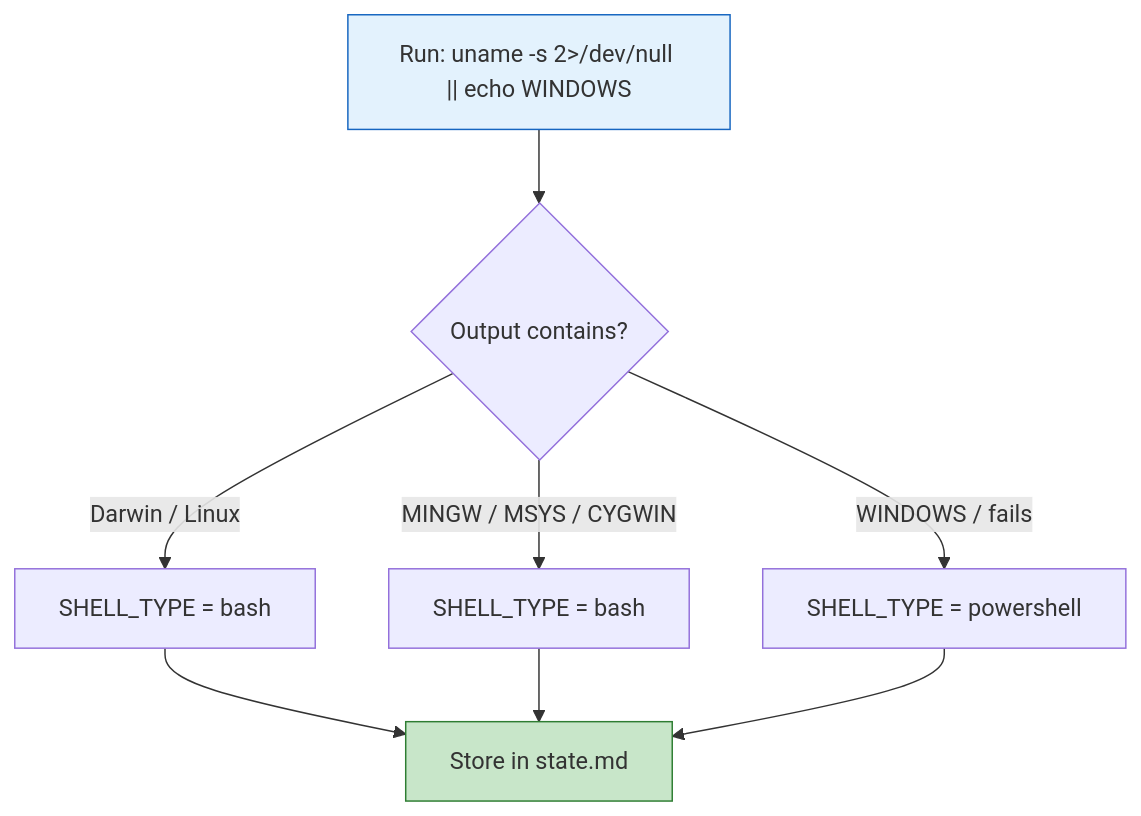
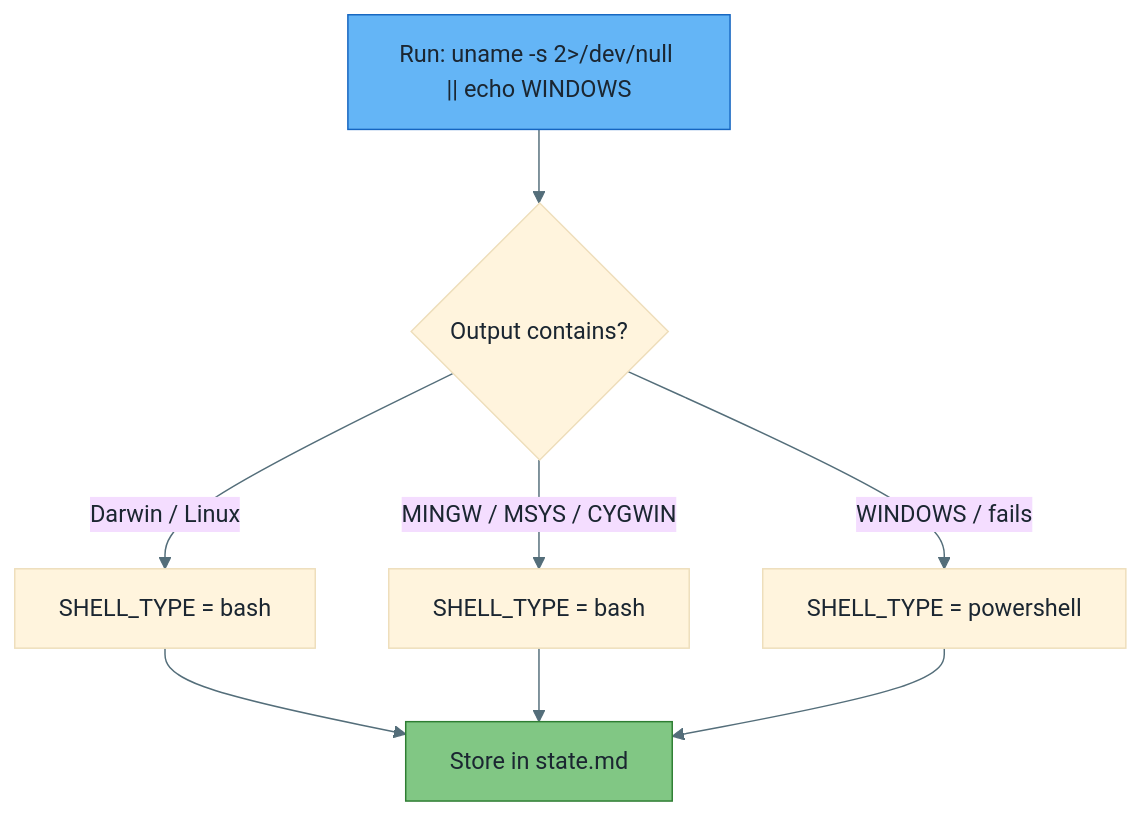
One commit to premkumarjanagarajan/fluid-flow-ai changed the fourth of 26 diagrams in docs/WORKFLOW-FULL-DETAILED.md. Above: the diagram before and after it, drawn with Mermaid. The commit also changed other lines of this file, not shown here.

First line of the commit message:
Fix mermaid diagram colors for dark/light theme compatibility

````diff
--- a/docs/WORKFLOW-FULL-DETAILED.md
+++ b/docs/WORKFLOW-FULL-DETAILED.md
@@ -205,13 +218,14 @@
 ```mermaid
+%%{init: {'theme': 'base', 'themeVariables': {'primaryTextColor': '#1B2631', 'lineColor': '#546E7A', 'textColor': '#1B2631'}}}%%
 flowchart TD
     A["Run: uname -s 2>/dev/null || echo WINDOWS"] --> B{"Output contains?"}
     B -->|Darwin / Linux| C["SHELL_TYPE = bash"]
     B -->|MINGW / MSYS / CYGWIN| D["SHELL_TYPE = bash"]
     B -->|WINDOWS / fails| E["SHELL_TYPE = powershell"]
     C --> F["Store in state.md"]
     D --> F
     E --> F
 
-    style A fill:#E3F2FD,stroke:#1565C0
-    style F fill:#C8E6C9,stroke:#2E7D32
+    style A fill:#64B5F6,stroke:#1565C0
+    style F fill:#81C784,stroke:#2E7D32
 ```
````
